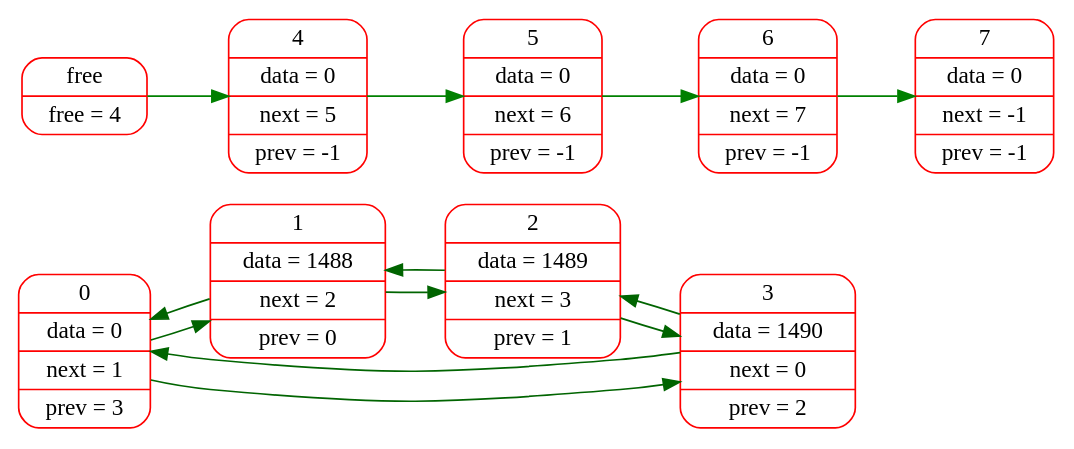
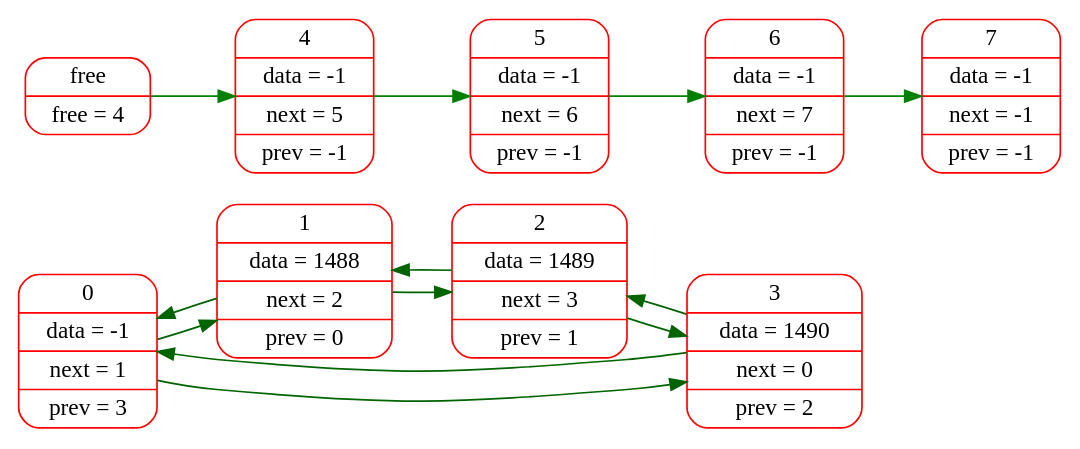
One commit to sevaphasol/list changed the diagram in logs/dot_files/003.dot. Above: the diagram before and after it, drawn with Graphviz. The commit also changed 23 other files, not shown here.

```diff
--- a/logs/dot_files/003.dot
+++ b/logs/dot_files/003.dot
@@ -1,19 +1,19 @@
 digraph G{
 rankdir=LR;
 node[color="red",fontsize=14];
-elem0[shape="Mrecord", label="0 | data = 0 | next = 1 | prev = 3"];
+elem0[shape="Mrecord", label="0 | data = -1 | next = 1 | prev = 3"];
 elem1[shape="Mrecord", label="1 | data = 1488 | next = 2 | prev = 0"];
 elem2[shape="Mrecord", label="2 | data = 1489 | next = 3 | prev = 1"];
 elem3[shape="Mrecord", label="3 | data = 1490 | next = 0 | prev = 2"];
 edge[color="darkgreen",fontsize=12, penwidth=1];
 elem0->elem1->elem2->elem3->elem0;
 edge[color="darkgreen",fontsize=12, penwidth=1];
 elem0->elem3->elem2->elem1->elem0;
 free[shape="Mrecord", label="free | free = 4"];
-free_elem4[shape="Mrecord", label="4 | data = 0 | next = 5 | prev = -1"];
-free_elem5[shape="Mrecord", label="5 | data = 0 | next = 6 | prev = -1"];
-free_elem6[shape="Mrecord", label="6 | data = 0 | next = 7 | prev = -1"];
-free_elem7[shape="Mrecord", label="7 | data = 0 | next = -1 | prev = -1"];
+free_elem4[shape="Mrecord", label="4 | data = -1 | next = 5 | prev = -1"];
+free_elem5[shape="Mrecord", label="5 | data = -1 | next = 6 | prev = -1"];
+free_elem6[shape="Mrecord", label="6 | data = -1 | next = 7 | prev = -1"];
+free_elem7[shape="Mrecord", label="7 | data = -1 | next = -1 | prev = -1"];
 edge[color="green",fontsize=12, penwidth=1];
 free->free_elem4->free_elem5->free_elem6->free_elem7;
 }
```
